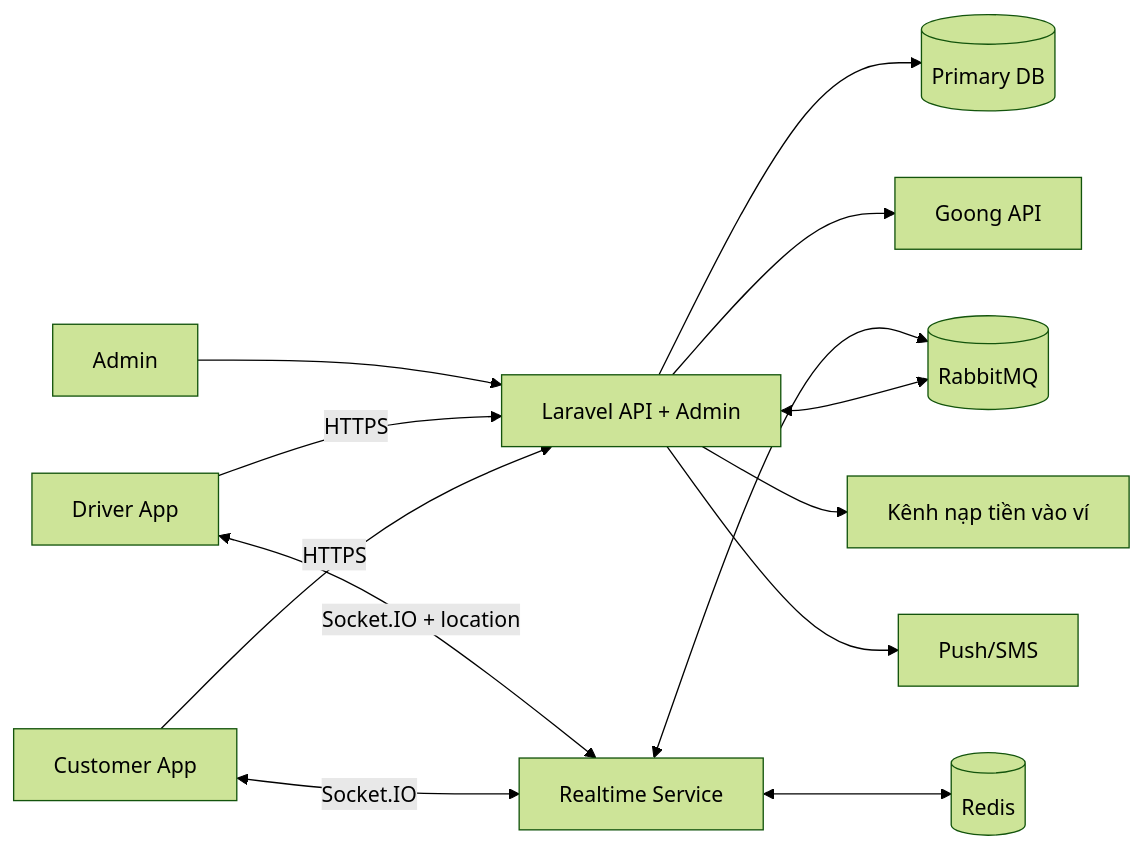
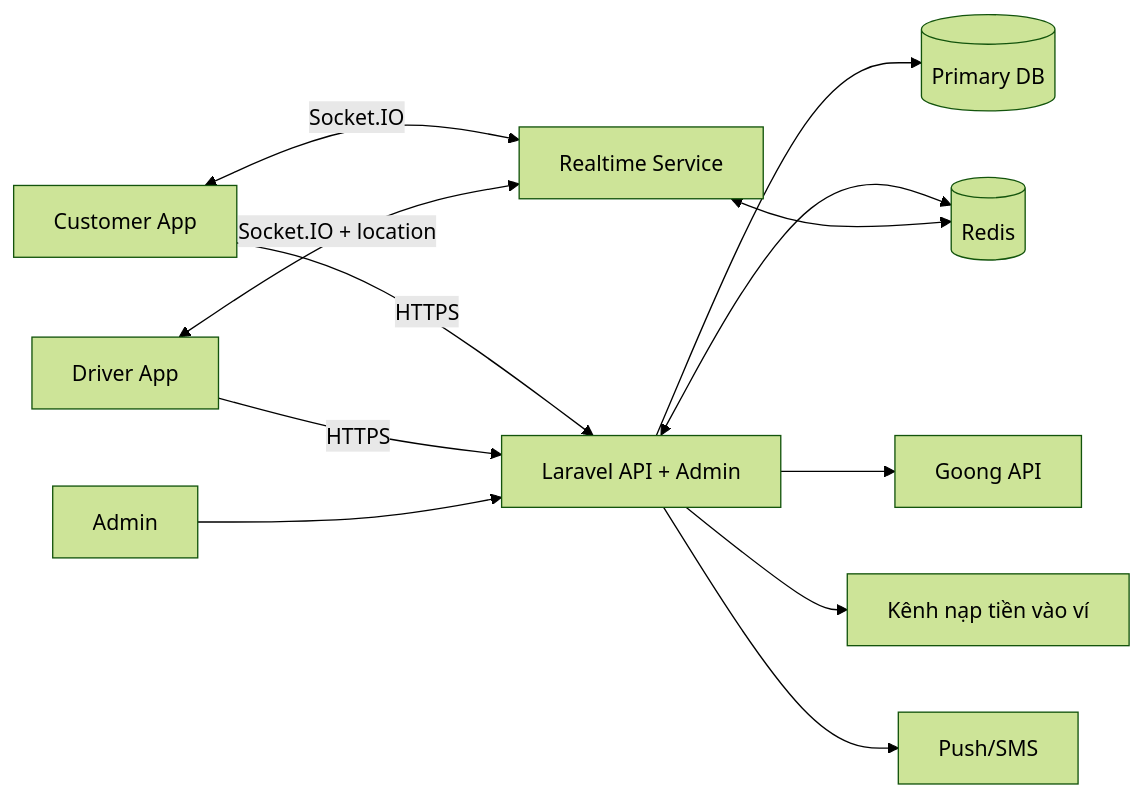
One commit to Truonghocdot/graduation_project changed the first of 3 diagrams in docs/00-tong-quan.md. Above: the diagram before and after it, drawn with Mermaid (forest theme). The commit also changed other lines of this file and 15 other files, not shown here.

````diff
--- a/docs/00-tong-quan.md
+++ b/docs/00-tong-quan.md
@@ -39,15 +38,14 @@
 ```mermaid
 flowchart LR
     C[Customer App] -->|HTTPS| API[Laravel API + Admin]
     D[Driver App] -->|HTTPS| API
     C <-->|Socket.IO| RT[Realtime Service]
     D <-->|Socket.IO + location| RT
     A[Admin] --> API
     API --> DB[(Primary DB)]
-    API <--> MQ[(RabbitMQ)]
-    RT <--> MQ
-    RT <--> R[(Redis)]
+    API <--> R[(Redis)]
+    RT <--> R
     API --> MAP[Goong API]
     API --> TOPUP[Kênh nạp tiền vào ví]
     API --> NOTI[Push/SMS]
 ```
````
